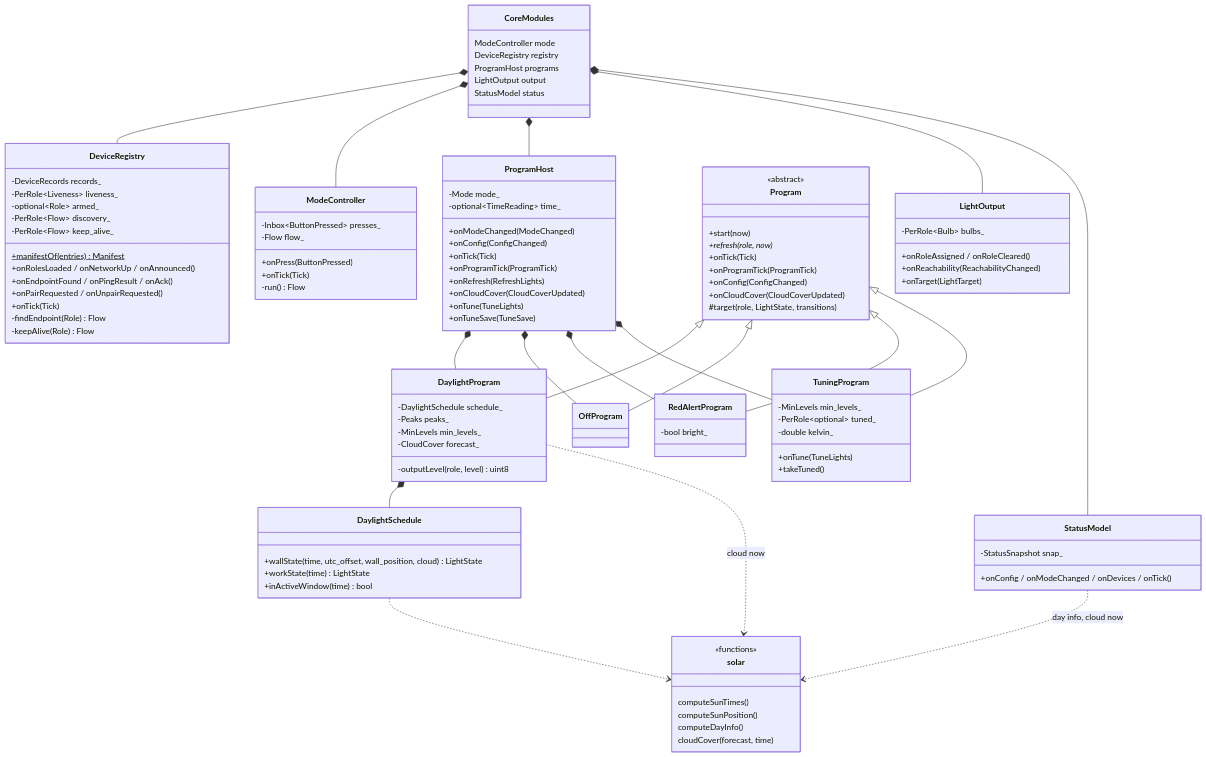
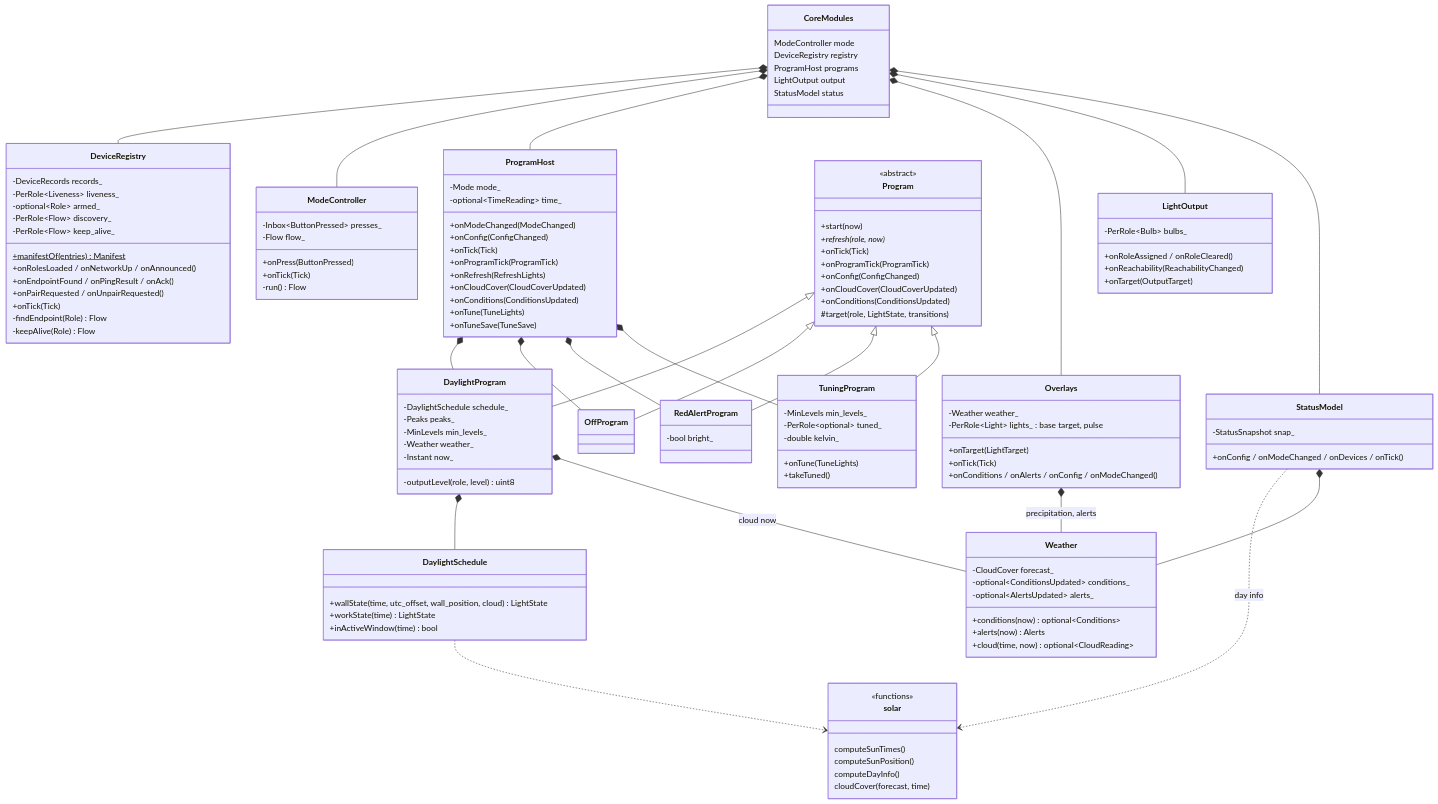
Before and after one commit to bjerre/sunsim: the fourth of 10 diagrams in ARCHITECTURE.md, drawn with Mermaid. The commit also changed other lines of this file and 25 other files, not shown here.

````diff
--- a/ARCHITECTURE.md
+++ b/ARCHITECTURE.md
@@ -273,6 +279,7 @@
         +onProgramTick(ProgramTick)
         +onRefresh(RefreshLights)
         +onCloudCover(CloudCoverUpdated)
+        +onConditions(ConditionsUpdated)
         +onTune(TuneLights)
         +onTuneSave(TuneSave)
     }
@@ -284,13 +291,15 @@
         +onProgramTick(ProgramTick)
         +onConfig(ConfigChanged)
         +onCloudCover(CloudCoverUpdated)
+        +onConditions(ConditionsUpdated)
         #target(role, LightState, transitions)
     }
     class DaylightProgram {
         -DaylightSchedule schedule_
         -Peaks peaks_
         -MinLevels min_levels_
-        -CloudCover forecast_
+        -Weather weather_
+        -Instant now_
         -outputLevel(role, level) uint8
     }
     class TuningProgram {
@@ -316,11 +325,26 @@
         computeDayInfo()
         cloudCover(forecast, time)
     }
+    class Weather {
+        -CloudCover forecast_
+        -optional~ConditionsUpdated~ conditions_
+        -optional~AlertsUpdated~ alerts_
+        +conditions(now) optional~Conditions~
+        +alerts(now) Alerts
+        +cloud(time, now) optional~CloudReading~
+    }
+    class Overlays {
+        -Weather weather_
+        -PerRole~Light~ lights_ : base target, pulse
+        +onTarget(LightTarget)
+        +onTick(Tick)
+        +onConditions / onAlerts / onConfig / onModeChanged()
+    }
     class LightOutput {
         -PerRole~Bulb~ bulbs_
         +onRoleAssigned / onRoleCleared()
         +onReachability(ReachabilityChanged)
-        +onTarget(LightTarget)
+        +onTarget(OutputTarget)
     }
     class StatusModel {
         -StatusSnapshot snap_
@@ -330,6 +354,7 @@
     CoreModules *-- DeviceRegistry
     CoreModules *-- ModeController
     CoreModules *-- ProgramHost
+    CoreModules *-- Overlays
     CoreModules *-- LightOutput
     CoreModules *-- StatusModel
     ProgramHost *-- DaylightProgram
@@ -342,6 +367,8 @@
     Program <|-- TuningProgram
     DaylightProgram *-- DaylightSchedule
     DaylightSchedule ..> solar
-    StatusModel ..> solar : day info, cloud now
-    DaylightProgram ..> solar : cloud now
+    StatusModel ..> solar : day info
+    StatusModel *-- Weather
+    DaylightProgram *-- Weather : cloud now
+    Overlays *-- Weather : precipitation, alerts
 ```
````
